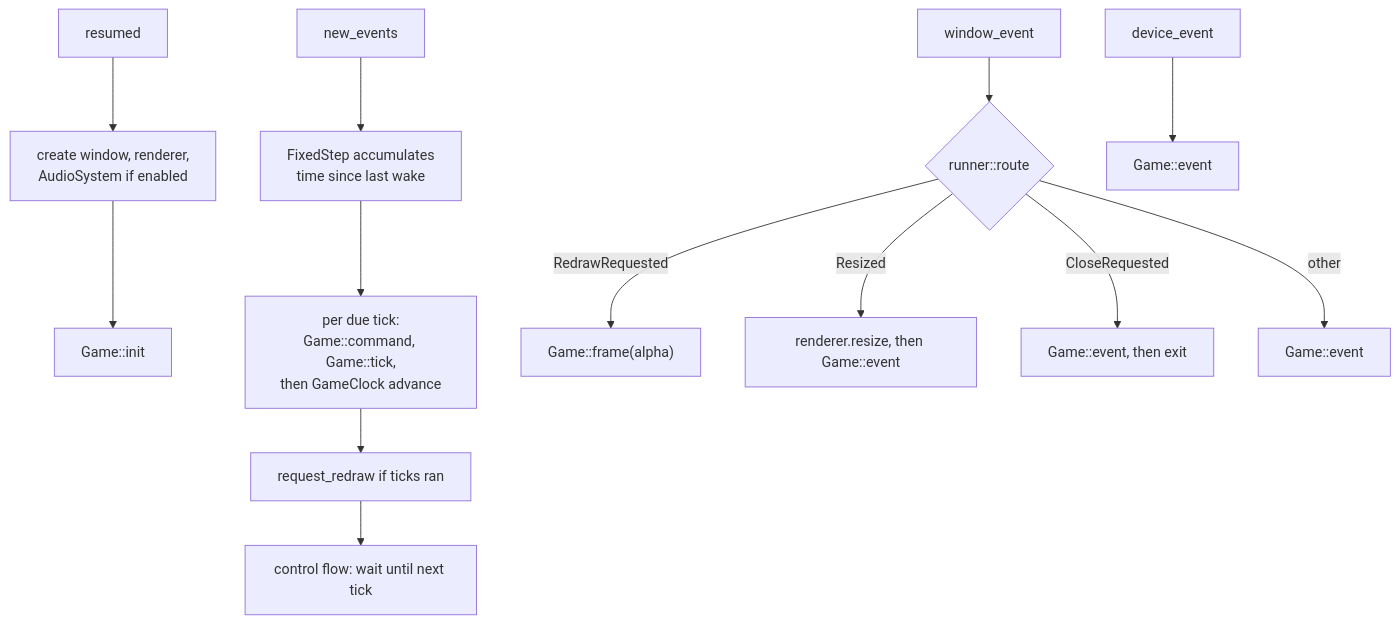
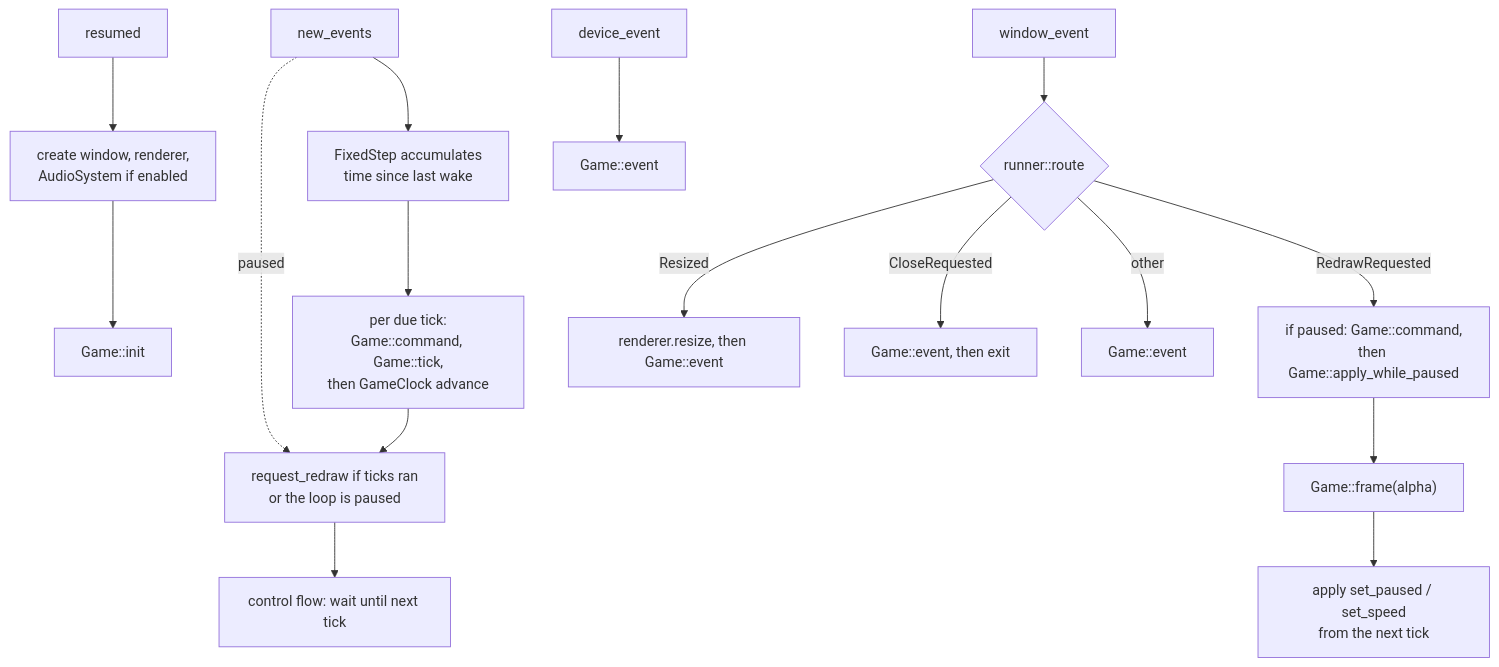
The first of 2 diagrams in wiki/architecture/frame-loop.md (WrackedFella/moho), drawn with Mermaid before and after one commit. The commit also changed other lines of this file and 11 other files, not shown here.

````diff
--- a/wiki/architecture/frame-loop.md
+++ b/wiki/architecture/frame-loop.md
@@ -14,17 +14,19 @@
 ```mermaid
 flowchart TD
     RES["resumed"] --> mk["create window, renderer,<br/>AudioSystem if enabled"] --> init["Game::init"]
 
     NE["new_events"] --> acc["FixedStep accumulates<br/>time since last wake"]
+    NE -. paused .-> rr
     acc --> tk["per due tick:<br/>Game::command, Game::tick,<br/>then GameClock advance"]
-    tk --> rr["request_redraw if ticks ran"]
+    tk --> rr["request_redraw if ticks ran<br/>or the loop is paused"]
     rr --> cf["control flow: wait until next tick"]
 
     WE["window_event"] --> route{"runner::route"}
-    route -- RedrawRequested --> fr["Game::frame(alpha)"]
+    route -- RedrawRequested --> wp["if paused: Game::command,<br/>then Game::apply_while_paused"] --> fr["Game::frame(alpha)"]
+    fr --> req["apply set_paused / set_speed<br/>from the next tick"]
     route -- Resized --> rs["renderer.resize, then Game::event"]
     route -- CloseRequested --> ev["Game::event, then exit"]
     route -- other --> ev2["Game::event"]
 
     DE["device_event"] --> ev3["Game::event"]
 ```
````
